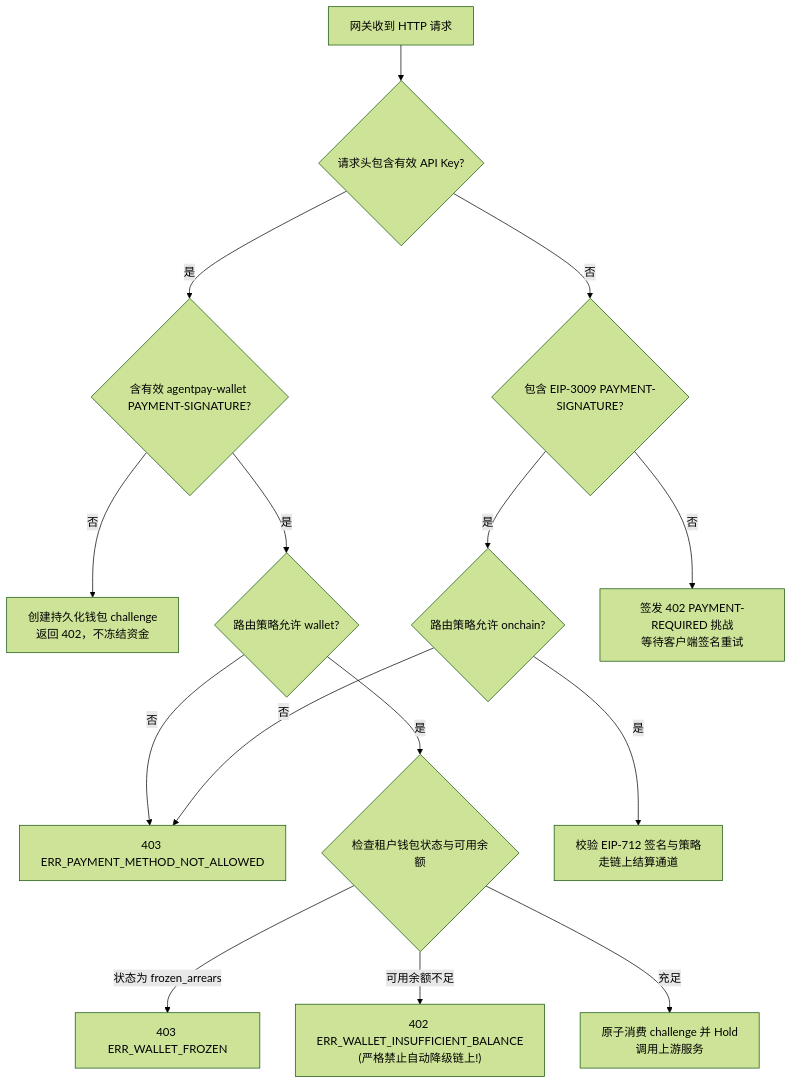
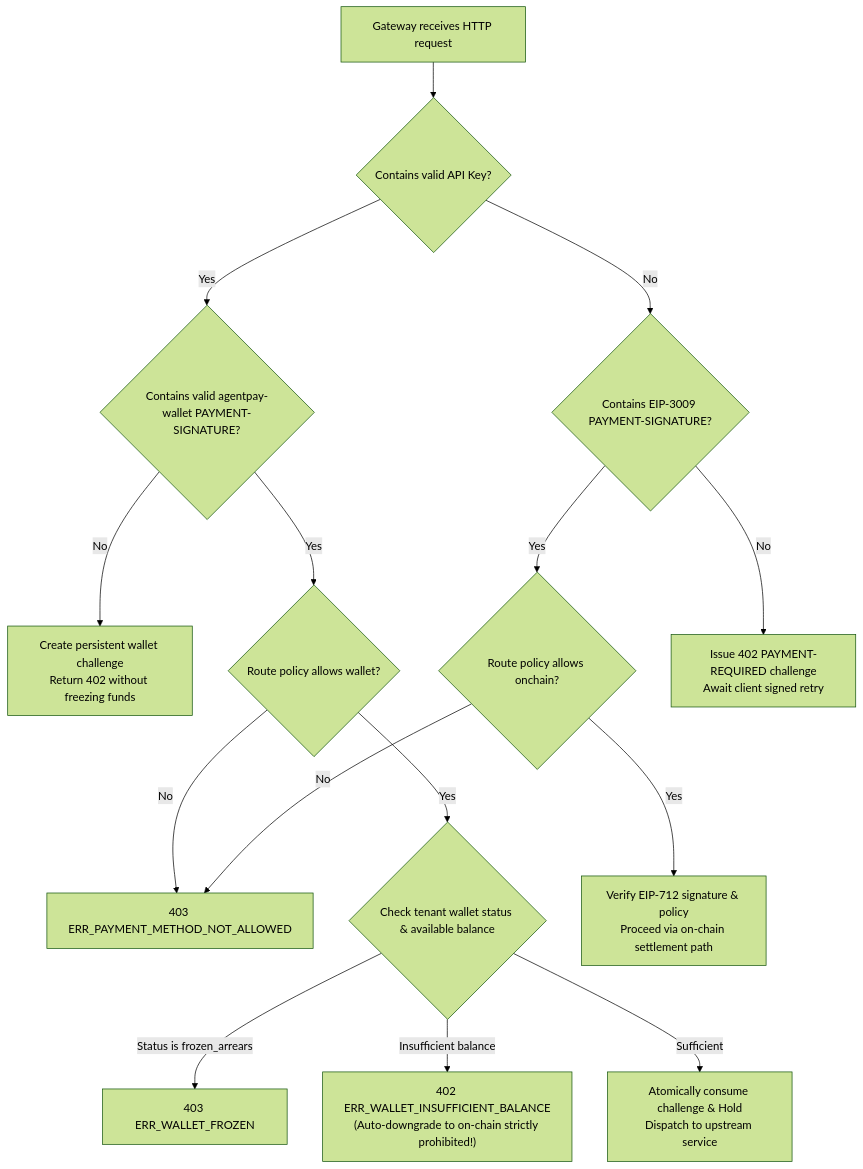
The diagram in specs/protocol-consistency-spec.md (open-agentpay/AgentPay), drawn with Mermaid (forest theme) before and after one commit. The commit also changed other lines of this file and 70 other files, not shown here.

````diff
--- a/specs/protocol-consistency-spec.md
+++ b/specs/protocol-consistency-spec.md
@@ -90,21 +90,21 @@
 ```mermaid
 flowchart TD
-    Req["网关收到 HTTP 请求"] --> CheckAuth{"请求头包含有效 API Key?"}
+    Req["Gateway receives HTTP request"] --> CheckAuth{"Contains valid API Key?"}
     
-    CheckAuth -- 是 --> CheckWalletAuth{"含有效 agentpay-wallet PAYMENT-SIGNATURE?"}
-    CheckWalletAuth -- 否 --> IssueWallet402["创建持久化钱包 challenge<br>返回 402，不冻结资金"]
-    CheckWalletAuth -- 是 --> CheckRouteWallet{"路由策略允许 wallet?"}
-    CheckRouteWallet -- 否 --> ErrMethod["403 ERR_PAYMENT_METHOD_NOT_ALLOWED"]
-    CheckRouteWallet -- 是 --> CheckWalletBal{"检查租户钱包状态与可用余额"}
+    CheckAuth -- Yes --> CheckWalletAuth{"Contains valid agentpay-wallet PAYMENT-SIGNATURE?"}
+    CheckWalletAuth -- No --> IssueWallet402["Create persistent wallet challenge<br>Return 402 without freezing funds"]
+    CheckWalletAuth -- Yes --> CheckRouteWallet{"Route policy allows wallet?"}
+    CheckRouteWallet -- No --> ErrMethod["403 ERR_PAYMENT_METHOD_NOT_ALLOWED"]
+    CheckRouteWallet -- Yes --> CheckWalletBal{"Check tenant wallet status & available balance"}
     
-    CheckWalletBal -- 状态为 frozen_arrears --> ErrFrozen["403 ERR_WALLET_FROZEN"]
-    CheckWalletBal -- 可用余额不足 --> ErrBal["402 ERR_WALLET_INSUFFICIENT_BALANCE<br>(严格禁止自动降级链上!)"]
-    CheckWalletBal -- 充足 --> ExecHold["原子消费 challenge 并 Hold<br>调用上游服务"]
+    CheckWalletBal -- Status is frozen_arrears --> ErrFrozen["403 ERR_WALLET_FROZEN"]
+    CheckWalletBal -- Insufficient balance --> ErrBal["402 ERR_WALLET_INSUFFICIENT_BALANCE<br>(Auto-downgrade to on-chain strictly prohibited!)"]
+    CheckWalletBal -- Sufficient --> ExecHold["Atomically consume challenge & Hold<br>Dispatch to upstream service"]
     
-    CheckAuth -- 否 --> CheckSig{"包含 EIP-3009 PAYMENT-SIGNATURE?"}
-    CheckSig -- 是 --> CheckRouteOnchain{"路由策略允许 onchain?"}
-    CheckRouteOnchain -- 否 --> ErrMethod
-    CheckRouteOnchain -- 是 --> VerifySig["校验 EIP-712 签名与策略<br>走链上结算通道"]
+    CheckAuth -- No --> CheckSig{"Contains EIP-3009 PAYMENT-SIGNATURE?"}
+    CheckSig -- Yes --> CheckRouteOnchain{"Route policy allows onchain?"}
+    CheckRouteOnchain -- No --> ErrMethod
+    CheckRouteOnchain -- Yes --> VerifySig["Verify EIP-712 signature & policy<br>Proceed via on-chain settlement path"]
     
-    CheckSig -- 否 --> Issue402["签发 402 PAYMENT-REQUIRED 挑战<br>等待客户端签名重试"]
+    CheckSig -- No --> Issue402["Issue 402 PAYMENT-REQUIRED challenge<br>Await client signed retry"]
 ```
````
